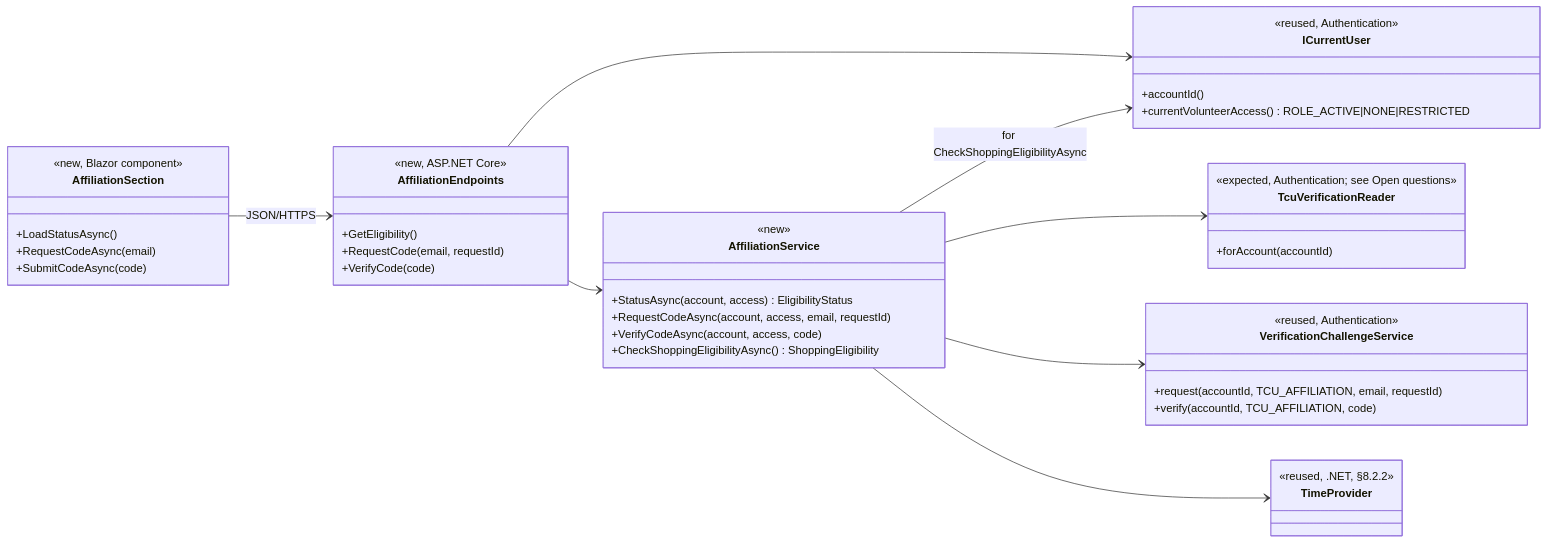
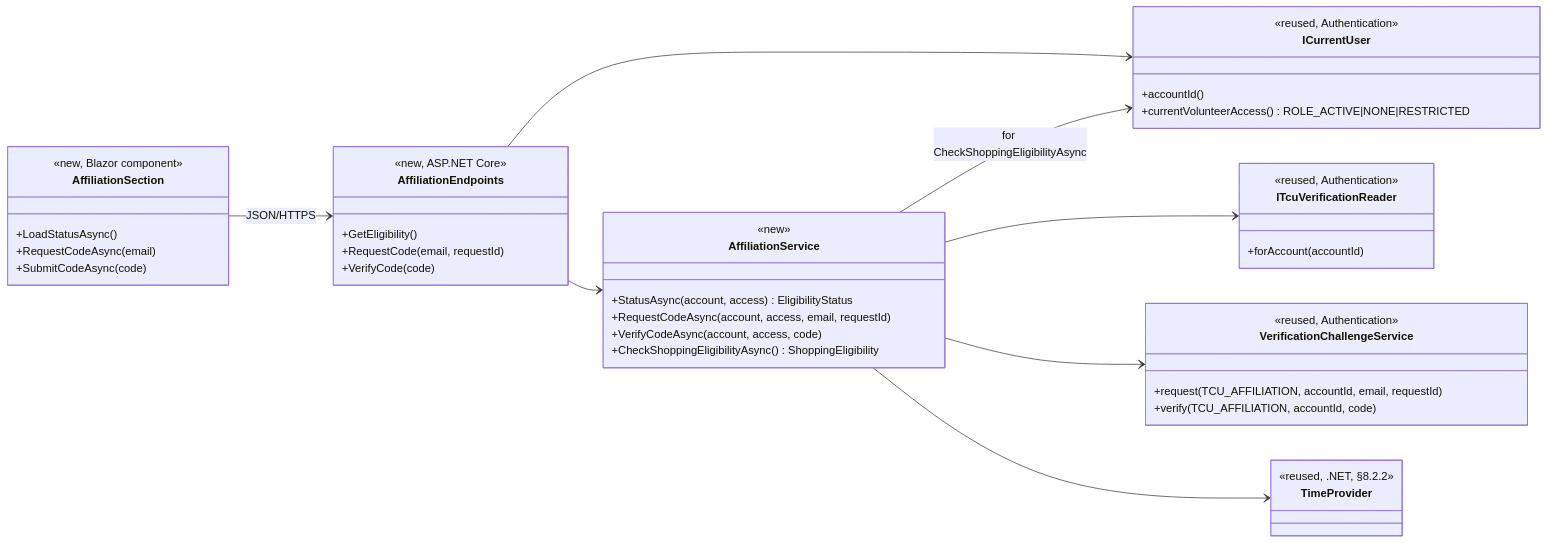
One commit to evelyntrann/cosc-40943-team-3-refrog changed the first of 3 diagrams in docs/design/IDV.md. Above: the diagram before and after it, drawn with Mermaid. The commit also changed other lines of this file and 1 other file, not shown here.

First line of the commit message:
Settle the Authentication contracts IDV builds on (#138)

````diff
--- a/docs/design/IDV.md
+++ b/docs/design/IDV.md
@@ -40,47 +40,47 @@
 ```mermaid
 classDiagram
     direction LR
     class AffiliationSection {
         <<new, Blazor component>>
         +LoadStatusAsync()
         +RequestCodeAsync(email)
         +SubmitCodeAsync(code)
     }
     class AffiliationEndpoints {
         <<new, ASP.NET Core>>
         +GetEligibility()
         +RequestCode(email, requestId)
         +VerifyCode(code)
     }
     class AffiliationService {
         <<new>>
         +StatusAsync(account, access) EligibilityStatus
         +RequestCodeAsync(account, access, email, requestId)
         +VerifyCodeAsync(account, access, code)
         +CheckShoppingEligibilityAsync() ShoppingEligibility
     }
-    class TcuVerificationReader {
-        <<expected, Authentication; see Open questions>>
+    class ITcuVerificationReader {
+        <<reused, Authentication>>
         +forAccount(accountId)
     }
     class VerificationChallengeService {
         <<reused, Authentication>>
-        +request(accountId, TCU_AFFILIATION, email, requestId)
-        +verify(accountId, TCU_AFFILIATION, code)
+        +request(TCU_AFFILIATION, accountId, email, requestId)
+        +verify(TCU_AFFILIATION, accountId, code)
     }
     class ICurrentUser {
         <<reused, Authentication>>
         +accountId()
         +currentVolunteerAccess() ROLE_ACTIVE|NONE|RESTRICTED
     }
     class TimeProvider {
         <<reused, .NET, §8.2.2>>
     }
     AffiliationSection --> AffiliationEndpoints : JSON/HTTPS
     AffiliationEndpoints --> ICurrentUser
     AffiliationEndpoints --> AffiliationService
     AffiliationService --> ICurrentUser : for CheckShoppingEligibilityAsync
-    AffiliationService --> TcuVerificationReader
+    AffiliationService --> ITcuVerificationReader
     AffiliationService --> VerificationChallengeService
     AffiliationService --> TimeProvider
 ```
````
